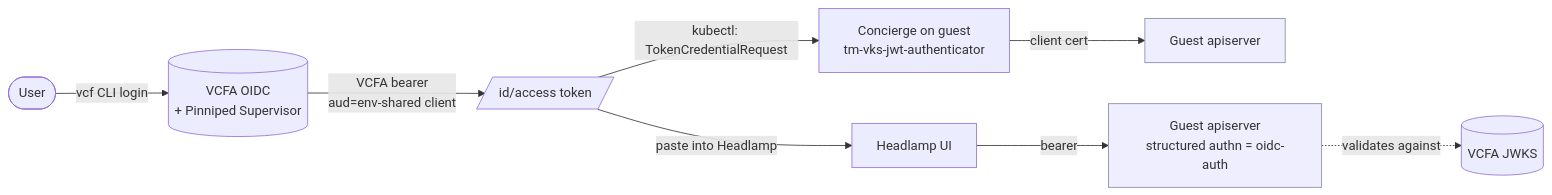
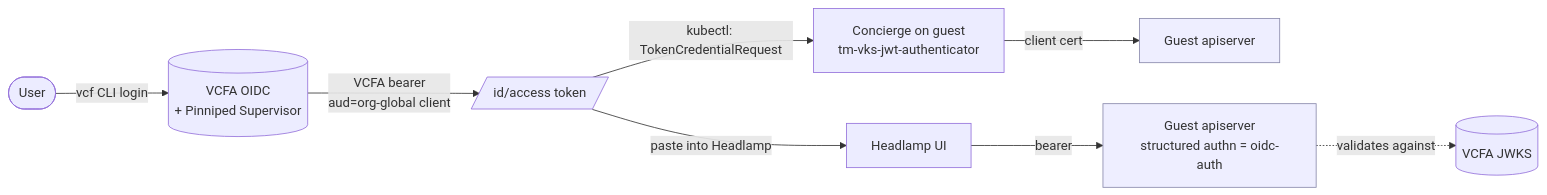
The eighth of 8 diagrams in docs/ARCHITECTURE.md (warroyo/argocd-scaffolding), drawn with Mermaid before and after one commit. The commit also changed other lines of this file and 16 other files, not shown here.

````diff
--- a/docs/ARCHITECTURE.md
+++ b/docs/ARCHITECTURE.md
@@ -675,10 +691,10 @@
 ```mermaid
 flowchart LR
   user([User]) -->|vcf CLI login| vcfa[(VCFA OIDC<br/>+ Pinniped Supervisor)]
-  vcfa -->|VCFA bearer<br/>aud=env-shared client| tok[/id/access token/]
+  vcfa -->|VCFA bearer<br/>aud=org-global client| tok[/id/access token/]
   tok -->|kubectl: TokenCredentialRequest| concierge[Concierge on guest<br/>tm-vks-jwt-authenticator] -->|client cert| api1[Guest apiserver]
   tok -->|paste into Headlamp| hl[Headlamp UI] -->|bearer| api2[Guest apiserver<br/>structured authn = oidc-auth]
   api2 -.validates against.-> jwks[(VCFA JWKS)]
   classDef same fill:#eef,stroke:#88a;
   class api1,api2 same;
 ```
````
